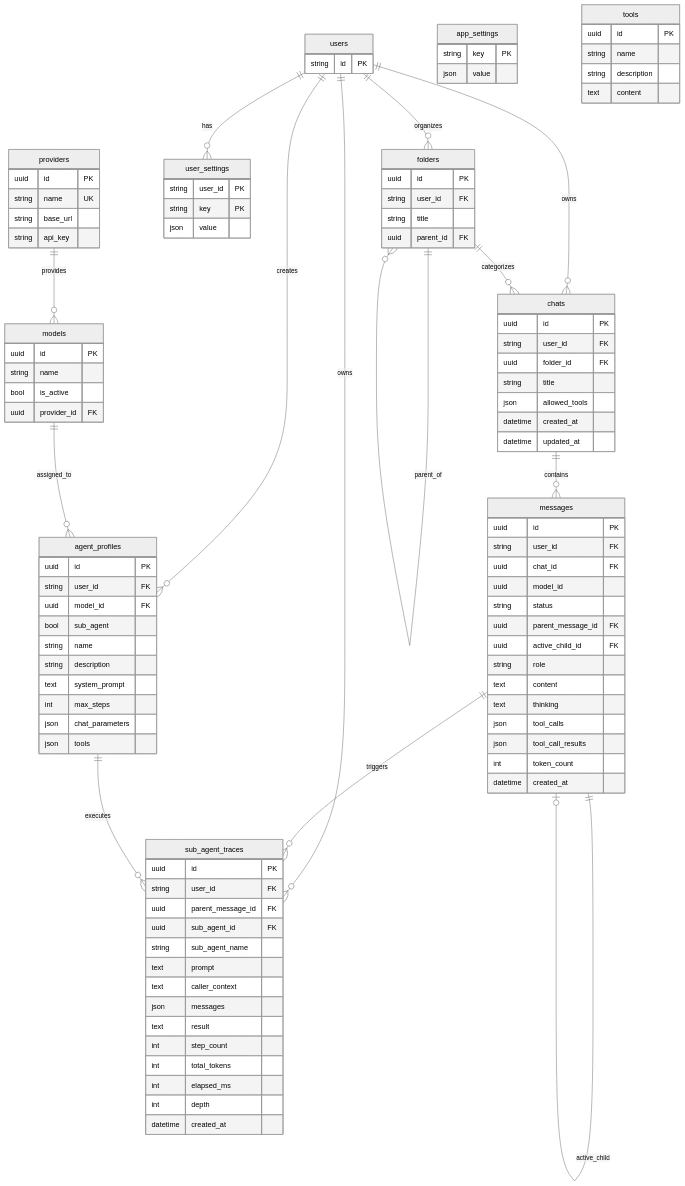
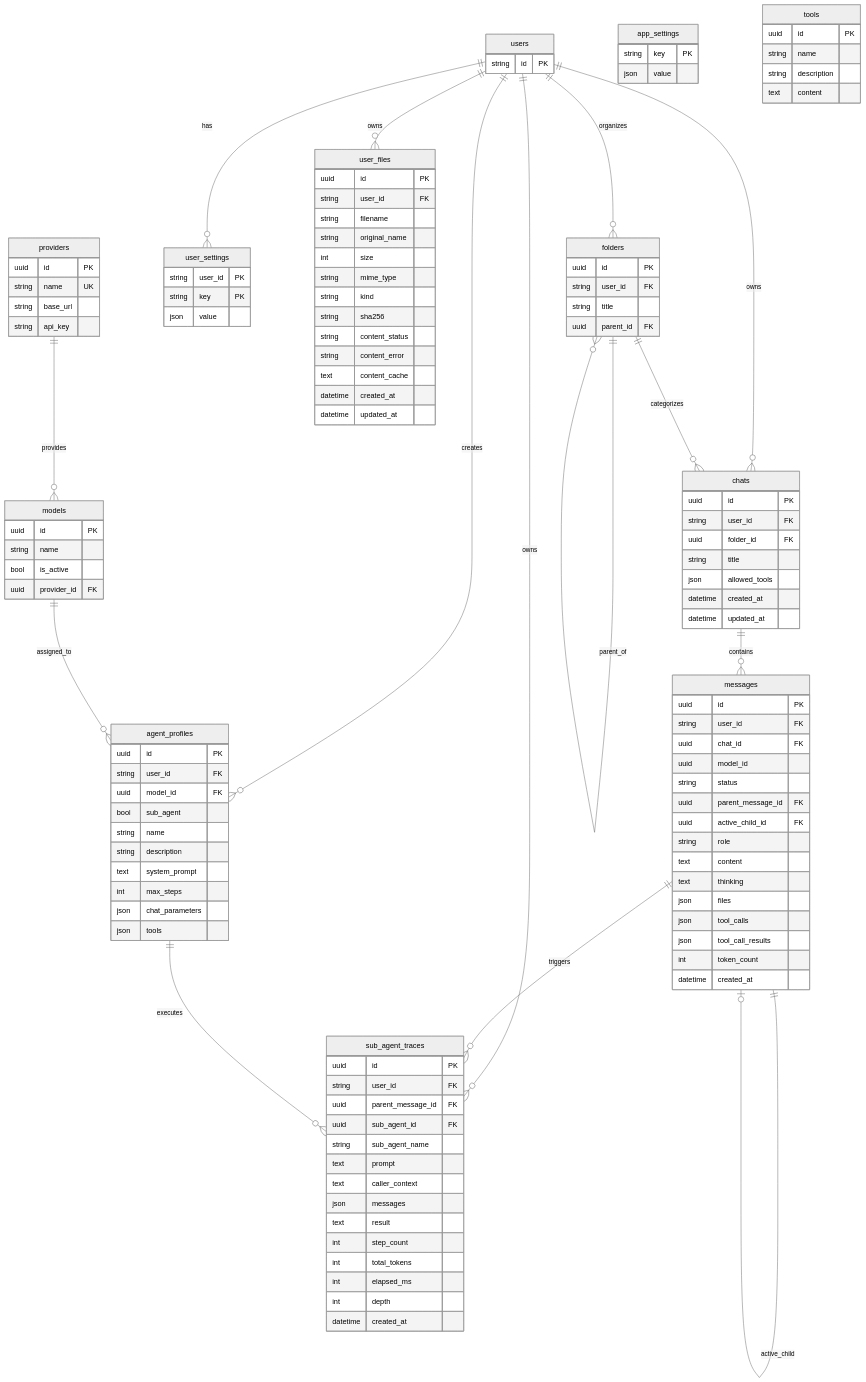
One commit to dbracewell/Asterism changed the second of 3 diagrams in architecture/data-and-storage.md. Above: the diagram before and after it, drawn with Mermaid (neutral theme). The commit also changed other lines of this file and 10 other files, not shown here.

```diff
--- a/architecture/data-and-storage.md
+++ b/architecture/data-and-storage.md
@@ -53,6 +53,7 @@
     users ||--o{ agent_profiles : "creates"
     users ||--o{ user_settings : "has"
     users ||--o{ sub_agent_traces : "owns"
+    users ||--o{ user_files : "owns"
 
     folders ||--o{ folders : "parent_of"
     folders ||--o{ chats : "categorizes"
@@ -92,6 +93,7 @@
         string role
         text content
         text thinking
+        json files
         json tool_calls
         json tool_call_results
         int token_count
@@ -132,6 +134,22 @@
         uuid provider_id FK
     }
 
+    user_files {
+        uuid id PK
+        string user_id FK
+        string filename
+        string original_name
+        int size
+        string mime_type
+        string kind
+        string sha256
+        string content_status
+        string content_error
+        text content_cache
+        datetime created_at
+        datetime updated_at
+    }
+
     user_settings {
         string user_id PK
         string key PK
```
